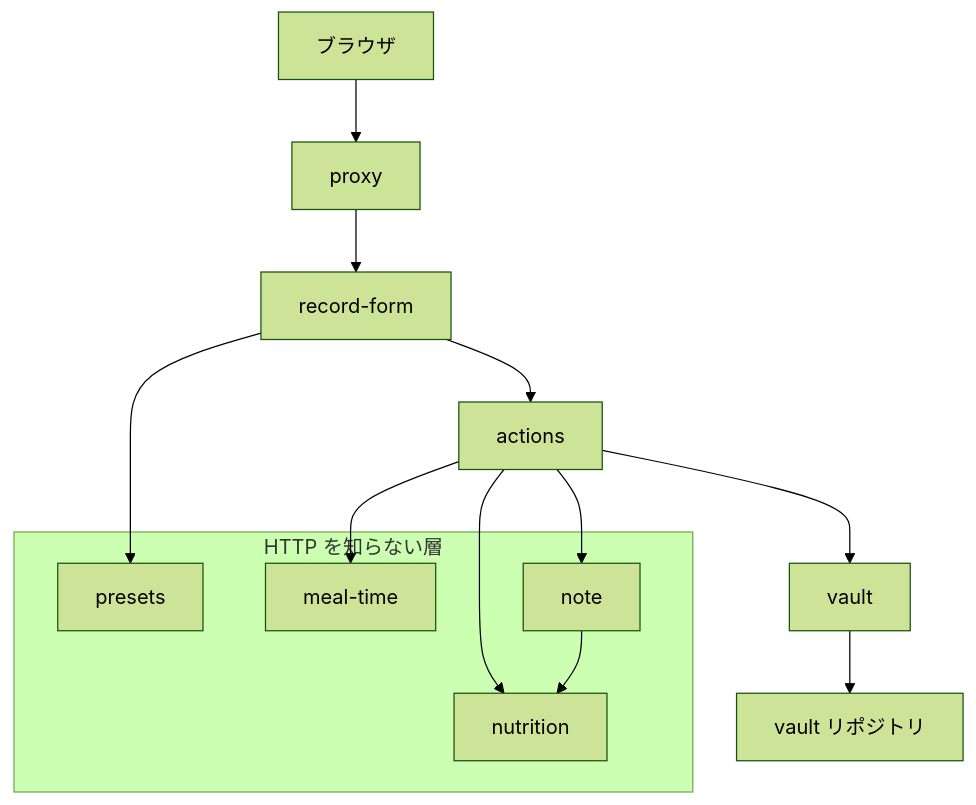
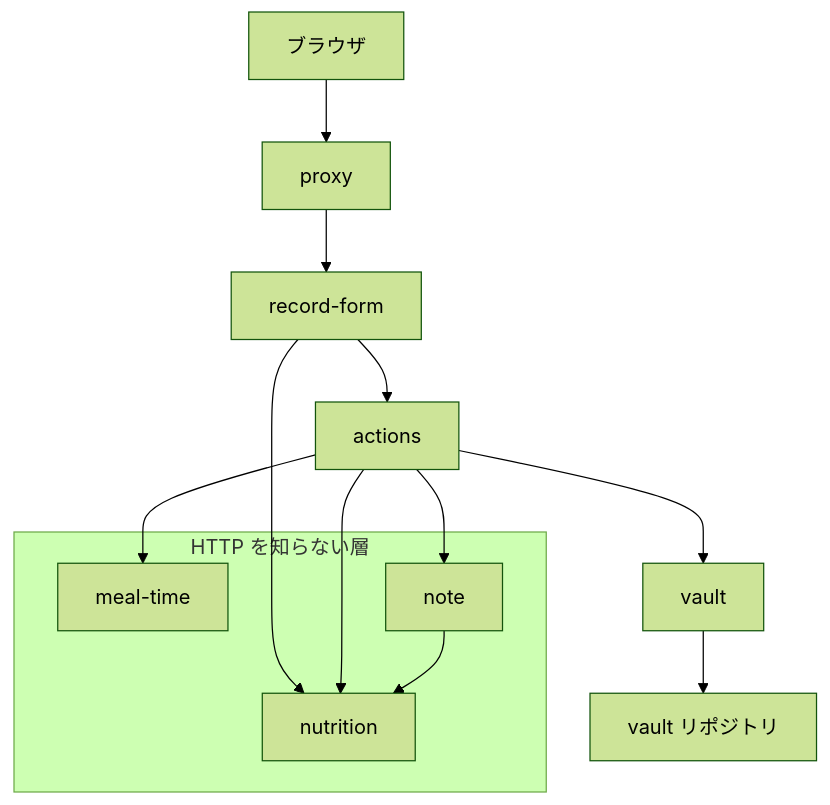
One commit to nozomi-iida/obsidian-meal-log changed the first of 2 diagrams in .kiro/specs/meal-record/design.md. Above: the diagram before and after it, drawn with Mermaid (forest theme). The commit also changed other lines of this file and 2 other files, not shown here.

````diff
--- a/.kiro/specs/meal-record/design.md
+++ b/.kiro/specs/meal-record/design.md
@@ -78,31 +84,29 @@
 ```mermaid
 graph TB
     Browser[ブラウザ]
     Proxy[proxy]
     Form[record-form]
     Action[actions]
-    Presets[presets]
     Nutrition[nutrition]
     MealTime[meal-time]
     Note[note]
     Vault[vault]
     GitHub[vault リポジトリ]
 
     Browser --> Proxy
     Proxy --> Form
     Form --> Action
-    Form --> Presets
+    Form --> Nutrition
     Action --> Nutrition
     Action --> MealTime
     Action --> Note
     Action --> Vault
     Note --> Nutrition
     Vault --> GitHub
 
     subgraph HTTP を知らない層
-        Presets
         Nutrition
         MealTime
         Note
     end
 ```
````
